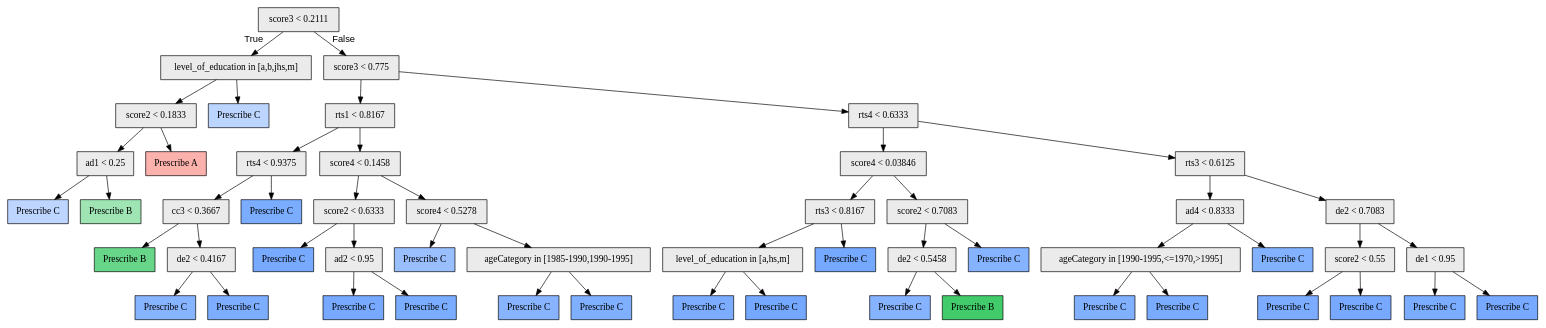
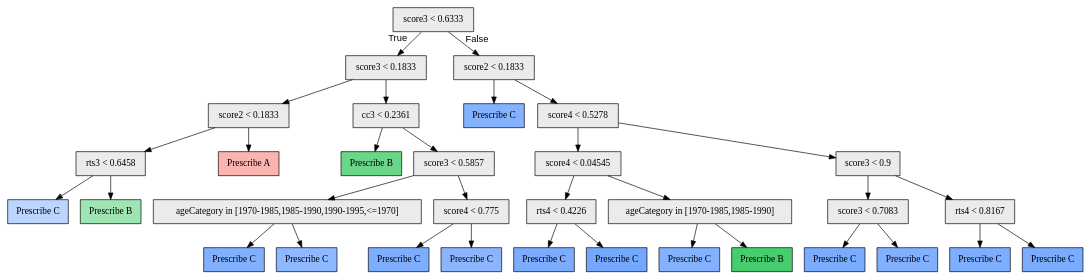
Before and after one commit to galitLukin/PersonalizedLearning: the diagram in python/model/3/dfe/pytree.dot, drawn with Graphviz. The commit also changed 13 other files, not shown here.

```diff
--- a/python/model/3/dfe/pytree.dot
+++ b/python/model/3/dfe/pytree.dot
@@ -1,107 +1,67 @@
 digraph "G" {
-1 [fillcolor="#EBEBEB", fontname="bold arial", label="score3 &lt; 0.2111", shape=box, style="filled"];
-2 [fillcolor="#EBEBEB", fontname="bold arial", label="level_of_education in [a,b,jhs,m]", shape=box, style="filled"];
+1 [fillcolor="#EBEBEB", fontname="bold arial", label="score3 &lt; 0.6333", shape=box, style="filled"];
+2 [fillcolor="#EBEBEB", fontname="bold arial", label="score3 &lt; 0.1833", shape=box, style="filled"];
 3 [fillcolor="#EBEBEB", fontname="bold arial", label="score2 &lt; 0.1833", shape=box, style="filled"];
-4 [fillcolor="#EBEBEB", fontname="bold arial", label="ad1 &lt; 0.25", shape=box, style="filled"];
-5 [color=black, fillcolor="#619CFF68", fontname="bold arial", label="Prescribe C", shape=box, style="filled"];
+4 [fillcolor="#EBEBEB", fontname="bold arial", label="rts3 &lt; 0.6458", shape=box, style="filled"];
+5 [color=black, fillcolor="#619CFF6b", fontname="bold arial", label="Prescribe C", shape=box, style="filled"];
 6 [color=black, fillcolor="#00BA3860", fontname="bold arial", label="Prescribe B", shape=box, style="filled"];
-7 [color=black, fillcolor="#F8766D91", fontname="bold arial", label="Prescribe A", shape=box, style="filled"];
-8 [color=black, fillcolor="#619CFF6b", fontname="bold arial", label="Prescribe C", shape=box, style="filled"];
-9 [fillcolor="#EBEBEB", fontname="bold arial", label="score3 &lt; 0.775", shape=box, style="filled"];
-10 [fillcolor="#EBEBEB", fontname="bold arial", label="rts1 &lt; 0.8167", shape=box, style="filled"];
-11 [fillcolor="#EBEBEB", fontname="bold arial", label="rts4 &lt; 0.9375", shape=box, style="filled"];
-12 [fillcolor="#EBEBEB", fontname="bold arial", label="cc3 &lt; 0.3667", shape=box, style="filled"];
-13 [color=black, fillcolor="#00BA3897", fontname="bold arial", label="Prescribe B", shape=box, style="filled"];
-14 [fillcolor="#EBEBEB", fontname="bold arial", label="de2 &lt; 0.4167", shape=box, style="filled"];
-15 [color=black, fillcolor="#619CFFc1", fontname="bold arial", label="Prescribe C", shape=box, style="filled"];
-16 [color=black, fillcolor="#619CFFd2", fontname="bold arial", label="Prescribe C", shape=box, style="filled"];
-17 [color=black, fillcolor="#619CFFd6", fontname="bold arial", label="Prescribe C", shape=box, style="filled"];
-18 [fillcolor="#EBEBEB", fontname="bold arial", label="score4 &lt; 0.1458", shape=box, style="filled"];
-19 [fillcolor="#EBEBEB", fontname="bold arial", label="score2 &lt; 0.6333", shape=box, style="filled"];
-20 [color=black, fillcolor="#619CFFda", fontname="bold arial", label="Prescribe C", shape=box, style="filled"];
-21 [fillcolor="#EBEBEB", fontname="bold arial", label="ad2 &lt; 0.95", shape=box, style="filled"];
-22 [color=black, fillcolor="#619CFFdc", fontname="bold arial", label="Prescribe C", shape=box, style="filled"];
-23 [color=black, fillcolor="#619CFFd6", fontname="bold arial", label="Prescribe C", shape=box, style="filled"];
-24 [fillcolor="#EBEBEB", fontname="bold arial", label="score4 &lt; 0.5278", shape=box, style="filled"];
-25 [color=black, fillcolor="#619CFFa4", fontname="bold arial", label="Prescribe C", shape=box, style="filled"];
-26 [fillcolor="#EBEBEB", fontname="bold arial", label="ageCategory in [1985-1990,1990-1995]", shape=box, style="filled"];
-27 [color=black, fillcolor="#619CFFc0", fontname="bold arial", label="Prescribe C", shape=box, style="filled"];
-28 [color=black, fillcolor="#619CFFce", fontname="bold arial", label="Prescribe C", shape=box, style="filled"];
-29 [fillcolor="#EBEBEB", fontname="bold arial", label="rts4 &lt; 0.6333", shape=box, style="filled"];
-30 [fillcolor="#EBEBEB", fontname="bold arial", label="score4 &lt; 0.03846", shape=box, style="filled"];
-31 [fillcolor="#EBEBEB", fontname="bold arial", label="rts3 &lt; 0.8167", shape=box, style="filled"];
-32 [fillcolor="#EBEBEB", fontname="bold arial", label="level_of_education in [a,hs,m]", shape=box, style="filled"];
-33 [color=black, fillcolor="#619CFFd4", fontname="bold arial", label="Prescribe C", shape=box, style="filled"];
-34 [color=black, fillcolor="#619CFFdf", fontname="bold arial", label="Prescribe C", shape=box, style="filled"];
-35 [color=black, fillcolor="#619CFFde", fontname="bold arial", label="Prescribe C", shape=box, style="filled"];
-36 [fillcolor="#EBEBEB", fontname="bold arial", label="score2 &lt; 0.7083", shape=box, style="filled"];
-37 [fillcolor="#EBEBEB", fontname="bold arial", label="de2 &lt; 0.5458", shape=box, style="filled"];
-38 [color=black, fillcolor="#619CFFc2", fontname="bold arial", label="Prescribe C", shape=box, style="filled"];
-39 [color=black, fillcolor="#00BA38be", fontname="bold arial", label="Prescribe B", shape=box, style="filled"];
-40 [color=black, fillcolor="#619CFFc4", fontname="bold arial", label="Prescribe C", shape=box, style="filled"];
-41 [fillcolor="#EBEBEB", fontname="bold arial", label="rts3 &lt; 0.6125", shape=box, style="filled"];
-42 [fillcolor="#EBEBEB", fontname="bold arial", label="ad4 &lt; 0.8333", shape=box, style="filled"];
-43 [fillcolor="#EBEBEB", fontname="bold arial", label="ageCategory in [1990-1995,&lt;=1970,&gt;1995]", shape=box, style="filled"];
-44 [color=black, fillcolor="#619CFFcb", fontname="bold arial", label="Prescribe C", shape=box, style="filled"];
-45 [color=black, fillcolor="#619CFFd8", fontname="bold arial", label="Prescribe C", shape=box, style="filled"];
-46 [color=black, fillcolor="#619CFFc9", fontname="bold arial", label="Prescribe C", shape=box, style="filled"];
-47 [fillcolor="#EBEBEB", fontname="bold arial", label="de2 &lt; 0.7083", shape=box, style="filled"];
-48 [fillcolor="#EBEBEB", fontname="bold arial", label="score2 &lt; 0.55", shape=box, style="filled"];
-49 [color=black, fillcolor="#619CFFd4", fontname="bold arial", label="Prescribe C", shape=box, style="filled"];
-50 [color=black, fillcolor="#619CFFdd", fontname="bold arial", label="Prescribe C", shape=box, style="filled"];
-51 [fillcolor="#EBEBEB", fontname="bold arial", label="de1 &lt; 0.95", shape=box, style="filled"];
-52 [color=black, fillcolor="#619CFFd6", fontname="bold arial", label="Prescribe C", shape=box, style="filled"];
-53 [color=black, fillcolor="#619CFFdc", fontname="bold arial", label="Prescribe C", shape=box, style="filled"];
+7 [color=black, fillcolor="#F8766D8b", fontname="bold arial", label="Prescribe A", shape=box, style="filled"];
+8 [fillcolor="#EBEBEB", fontname="bold arial", label="cc3 &lt; 0.2361", shape=box, style="filled"];
+9 [color=black, fillcolor="#00BA3896", fontname="bold arial", label="Prescribe B", shape=box, style="filled"];
+10 [fillcolor="#EBEBEB", fontname="bold arial", label="score3 &lt; 0.5857", shape=box, style="filled"];
+11 [fillcolor="#EBEBEB", fontname="bold arial", label="ageCategory in [1970-1985,1985-1990,1990-1995,&lt;=1970]", shape=box, style="filled"];
+12 [color=black, fillcolor="#619CFFca", fontname="bold arial", label="Prescribe C", shape=box, style="filled"];
+13 [color=black, fillcolor="#619CFFb6", fontname="bold arial", label="Prescribe C", shape=box, style="filled"];
+14 [fillcolor="#EBEBEB", fontname="bold arial", label="score4 &lt; 0.775", shape=box, style="filled"];
+15 [color=black, fillcolor="#619CFFd1", fontname="bold arial", label="Prescribe C", shape=box, style="filled"];
+16 [color=black, fillcolor="#619CFFbb", fontname="bold arial", label="Prescribe C", shape=box, style="filled"];
+17 [fillcolor="#EBEBEB", fontname="bold arial", label="score2 &lt; 0.1833", shape=box, style="filled"];
+18 [color=black, fillcolor="#619CFFc6", fontname="bold arial", label="Prescribe C", shape=box, style="filled"];
+19 [fillcolor="#EBEBEB", fontname="bold arial", label="score4 &lt; 0.5278", shape=box, style="filled"];
+20 [fillcolor="#EBEBEB", fontname="bold arial", label="score4 &lt; 0.04545", shape=box, style="filled"];
+21 [fillcolor="#EBEBEB", fontname="bold arial", label="rts4 &lt; 0.4226", shape=box, style="filled"];
+22 [color=black, fillcolor="#619CFFd4", fontname="bold arial", label="Prescribe C", shape=box, style="filled"];
+23 [color=black, fillcolor="#619CFFdf", fontname="bold arial", label="Prescribe C", shape=box, style="filled"];
+24 [fillcolor="#EBEBEB", fontname="bold arial", label="ageCategory in [1970-1985,1985-1990]", shape=box, style="filled"];
+25 [color=black, fillcolor="#619CFFc8", fontname="bold arial", label="Prescribe C", shape=box, style="filled"];
+26 [color=black, fillcolor="#00BA38b8", fontname="bold arial", label="Prescribe B", shape=box, style="filled"];
+27 [fillcolor="#EBEBEB", fontname="bold arial", label="score3 &lt; 0.9", shape=box, style="filled"];
+28 [fillcolor="#EBEBEB", fontname="bold arial", label="score3 &lt; 0.7083", shape=box, style="filled"];
+29 [color=black, fillcolor="#619CFFd7", fontname="bold arial", label="Prescribe C", shape=box, style="filled"];
+30 [color=black, fillcolor="#619CFFca", fontname="bold arial", label="Prescribe C", shape=box, style="filled"];
+31 [fillcolor="#EBEBEB", fontname="bold arial", label="rts4 &lt; 0.8167", shape=box, style="filled"];
+32 [color=black, fillcolor="#619CFFcf", fontname="bold arial", label="Prescribe C", shape=box, style="filled"];
+33 [color=black, fillcolor="#619CFFd7", fontname="bold arial", label="Prescribe C", shape=box, style="filled"];
 1 -> 2  [fontname="arial", headlabel="True", key=0, labelangle=45, labeldistance="2.5"];
-1 -> 9  [fontname="arial", headlabel="False", key=0, labelangle="-45", labeldistance="2.5"];
+1 -> 17  [fontname="arial", headlabel="False", key=0, labelangle="-45", labeldistance="2.5"];
 2 -> 3  [key=0];
 2 -> 8  [key=0];
 3 -> 4  [key=0];
 3 -> 7  [key=0];
 4 -> 5  [key=0];
 4 -> 6  [key=0];
-9 -> 10  [key=0];
-9 -> 29  [key=0];
+8 -> 9  [key=0];
+8 -> 10  [key=0];
 10 -> 11  [key=0];
-10 -> 18  [key=0];
+10 -> 14  [key=0];
 11 -> 12  [key=0];
-11 -> 17  [key=0];
-12 -> 13  [key=0];
-12 -> 14  [key=0];
+11 -> 13  [key=0];
 14 -> 15  [key=0];
 14 -> 16  [key=0];
-18 -> 19  [key=0];
-18 -> 24  [key=0];
+17 -> 18  [key=0];
+17 -> 19  [key=0];
 19 -> 20  [key=0];
-19 -> 21  [key=0];
+19 -> 27  [key=0];
+20 -> 21  [key=0];
+20 -> 24  [key=0];
 21 -> 22  [key=0];
 21 -> 23  [key=0];
 24 -> 25  [key=0];
 24 -> 26  [key=0];
-26 -> 27  [key=0];
-26 -> 28  [key=0];
-29 -> 30  [key=0];
-29 -> 41  [key=0];
-30 -> 31  [key=0];
-30 -> 36  [key=0];
+27 -> 28  [key=0];
+27 -> 31  [key=0];
+28 -> 29  [key=0];
+28 -> 30  [key=0];
 31 -> 32  [key=0];
-31 -> 35  [key=0];
-32 -> 33  [key=0];
-32 -> 34  [key=0];
-36 -> 37  [key=0];
-36 -> 40  [key=0];
-37 -> 38  [key=0];
-37 -> 39  [key=0];
-41 -> 42  [key=0];
-41 -> 47  [key=0];
-42 -> 43  [key=0];
-42 -> 46  [key=0];
-43 -> 44  [key=0];
-43 -> 45  [key=0];
-47 -> 48  [key=0];
-47 -> 51  [key=0];
-48 -> 49  [key=0];
-48 -> 50  [key=0];
-51 -> 52  [key=0];
-51 -> 53  [key=0];
+31 -> 33  [key=0];
 }
```
